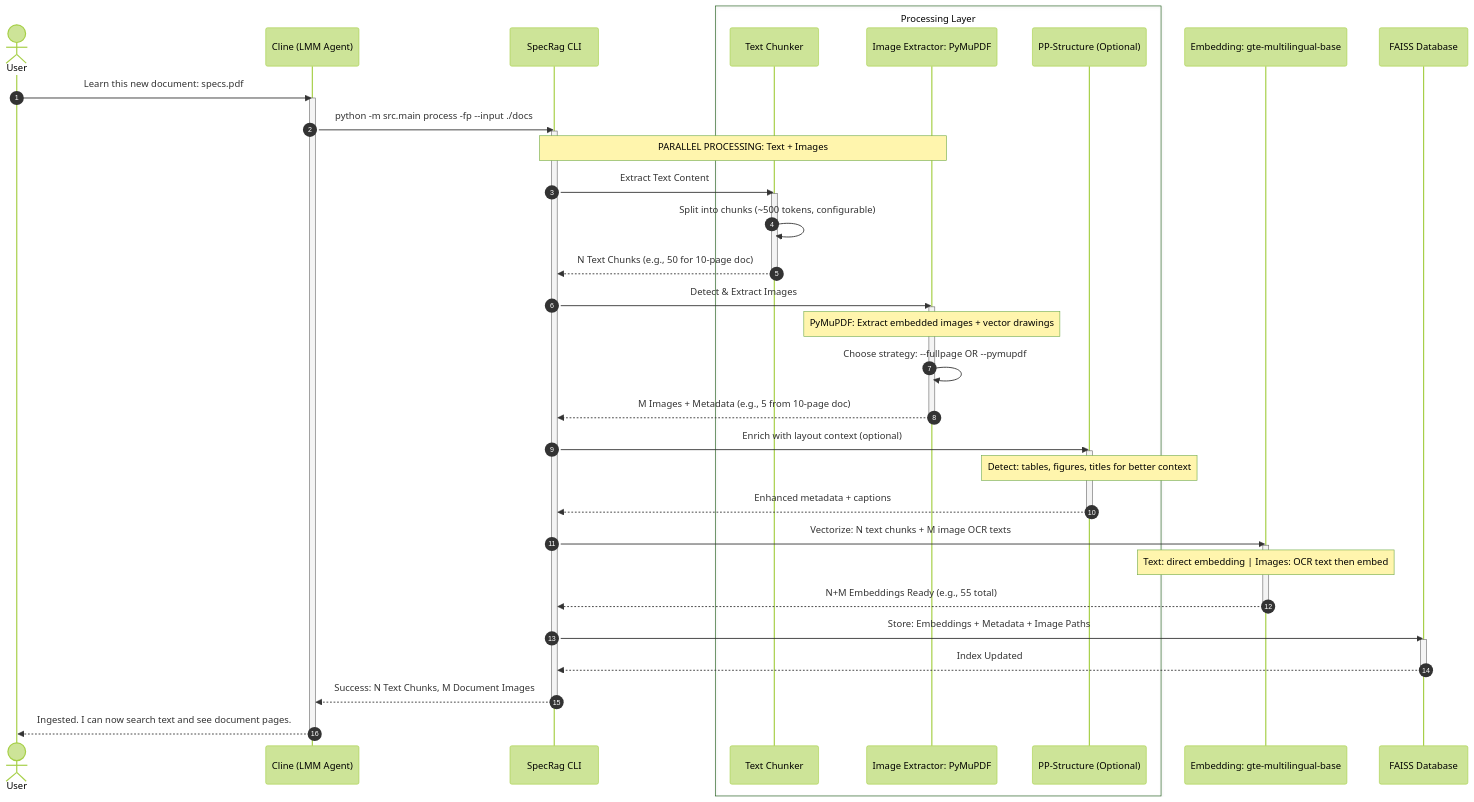
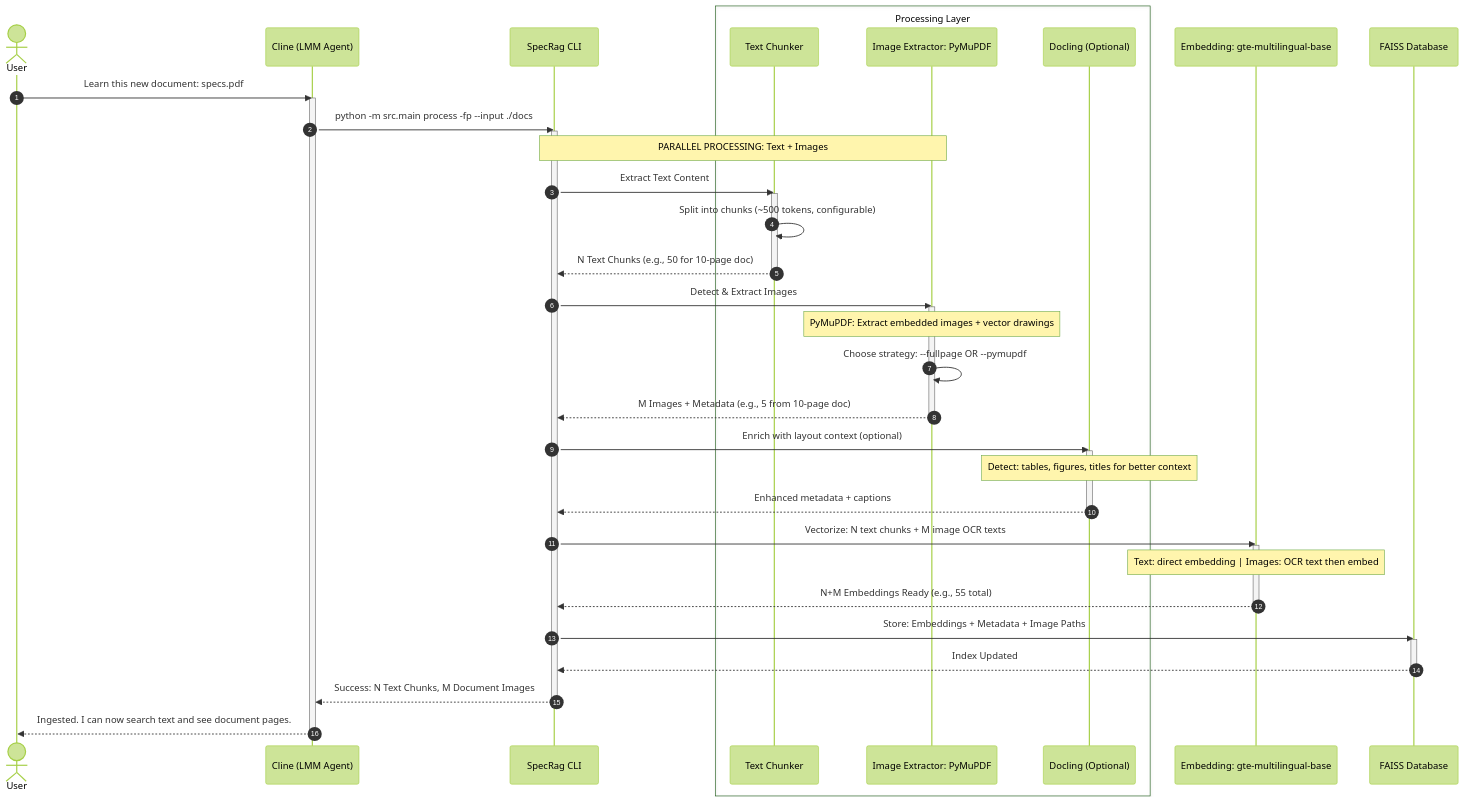
Before and after one commit to ngcix/doc-rag: the first of 4 diagrams in report-doc/10-debuit-clineSR.md, drawn with Mermaid (forest theme). The commit also changed other lines of this file and 2 other files, not shown here.

First line of the commit message:
docs: Replace PP-Structure with Docling RT-DETR

````diff
--- a/report-doc/10-debuit-clineSR.md
+++ b/report-doc/10-debuit-clineSR.md
@@ -20,65 +20,65 @@
 ```mermaid
 sequenceDiagram
     autonumber
-    
+
     actor User
     participant Cline as Cline (LMM Agent)
     participant CLI as SpecRag CLI
-    
+
     box Processing Layer
         participant Chunker as Text Chunker
         participant ImgExt as Image Extractor: PyMuPDF
-        participant PPStruct as PP-Structure (Optional)
+        participant Docling as Docling (Optional)
     end
-    
+
     participant Embed as Embedding: gte-multilingual-base
     participant DB as FAISS Database
-    
+
     User->>Cline: Learn this new document: specs.pdf
     activate Cline
-    
+
     Cline->>CLI: python -m src.main process -fp --input ./docs
     activate CLI
-    
+
     Note over CLI,ImgExt: PARALLEL PROCESSING: Text + Images
-    
+
     %% Text Processing Path
     CLI->>Chunker: Extract Text Content
     activate Chunker
     Chunker->>Chunker: Split into chunks (~500 tokens, configurable)
     Chunker-->>CLI: N Text Chunks (e.g., 50 for 10-page doc)
     deactivate Chunker
-    
+
     %% Image Processing Path
     CLI->>ImgExt: Detect & Extract Images
     activate ImgExt
     Note over ImgExt: PyMuPDF: Extract embedded images + vector drawings
     ImgExt->>ImgExt: Choose strategy: --fullpage OR --pymupdf
     ImgExt-->>CLI: M Images + Metadata (e.g., 5 from 10-page doc)
     deactivate ImgExt
-    
-    %% Optional PP-Structure Enrichment
-    CLI->>PPStruct: Enrich with layout context (optional)
-    activate PPStruct
-    Note over PPStruct: Detect: tables, figures, titles for better context
-    PPStruct-->>CLI: Enhanced metadata + captions
-    deactivate PPStruct
-    
+
+    %% Optional Docling Layout Enrichment
+    CLI->>Docling: Enrich with layout context (optional)
+    activate Docling
+    Note over Docling: Detect: tables, figures, titles for better context
+    Docling-->>CLI: Enhanced metadata + captions
+    deactivate Docling
+
     %% Embedding Both
     CLI->>Embed: Vectorize: N text chunks + M image OCR texts
     activate Embed
     Note over Embed: Text: direct embedding | Images: OCR text then embed
     Embed-->>CLI: N+M Embeddings Ready (e.g., 55 total)
     deactivate Embed
-    
+
     CLI->>DB: Store: Embeddings + Metadata + Image Paths
     activate DB
     DB-->>CLI: Index Updated
     deactivate DB
-    
+
     CLI-->>Cline: Success: N Text Chunks, M Document Images
     deactivate CLI
-    
+
     Cline-->>User: Ingested. I can now search text and see document pages.
     deactivate Cline
 ```
````
